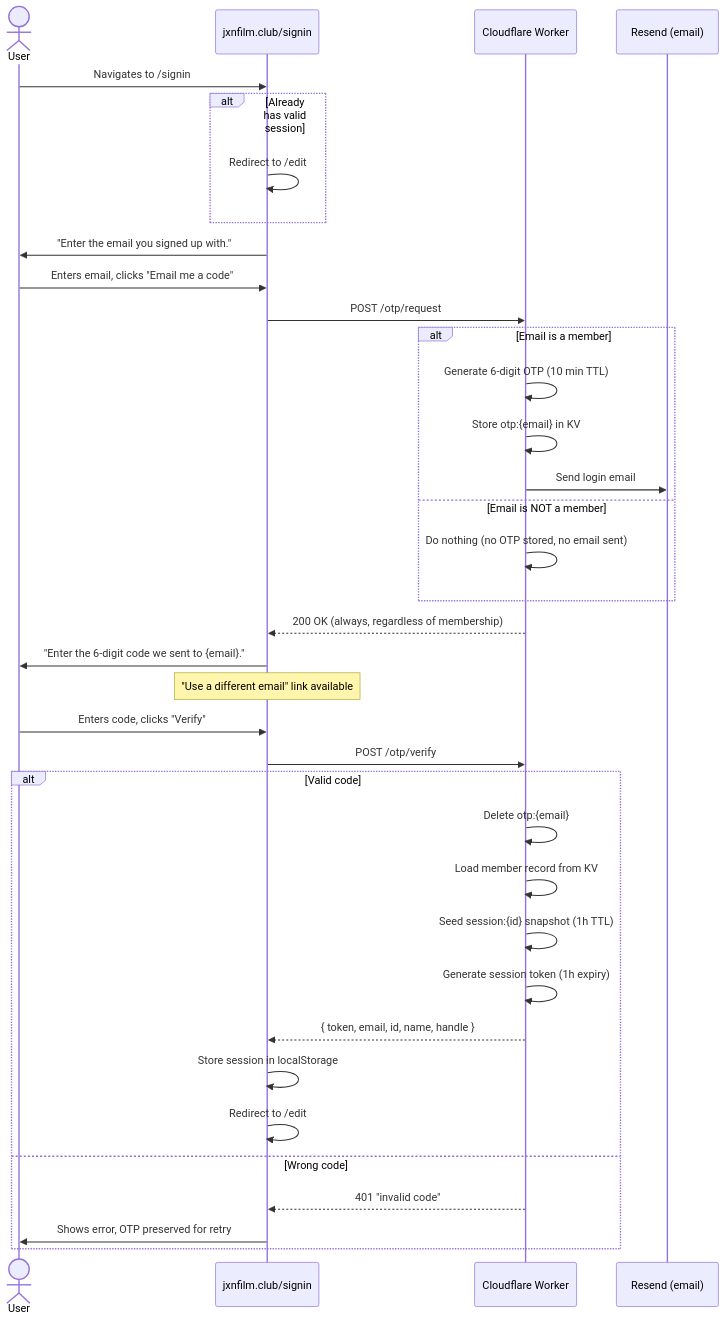
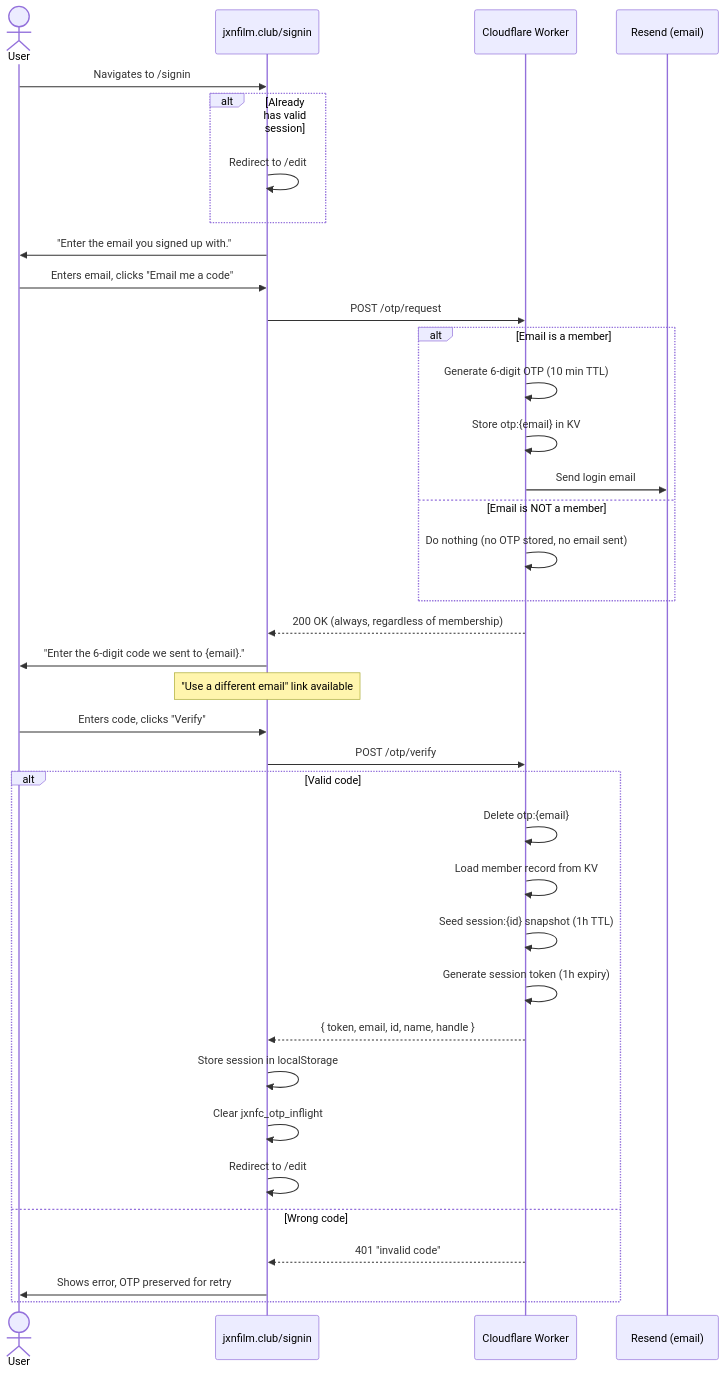
One commit to michaellambgelo/jxnfilmclub changed the diagram in docs/features/signin.md. Above: the diagram before and after it, drawn with Mermaid. The commit also changed other lines of this file and 3 other files, not shown here.

````diff
--- a/docs/features/signin.md
+++ b/docs/features/signin.md
@@ -7,43 +7,44 @@
 ```mermaid
 sequenceDiagram
     actor User
     participant Site as jxnfilm.club/signin
     participant Worker as Cloudflare Worker
     participant Email as Resend (email)
 
     User->>Site: Navigates to /signin
     alt Already has valid session
         Site->>Site: Redirect to /edit
     end
 
     Site->>User: "Enter the email you signed up with."
     User->>Site: Enters email, clicks "Email me a code"
     Site->>Worker: POST /otp/request
 
     alt Email is a member
         Worker->>Worker: Generate 6-digit OTP (10 min TTL)
         Worker->>Worker: Store otp:{email} in KV
         Worker->>Email: Send login email
     else Email is NOT a member
         Worker->>Worker: Do nothing (no OTP stored, no email sent)
     end
     Worker-->>Site: 200 OK (always, regardless of membership)
 
     Site->>User: "Enter the 6-digit code we sent to {email}."
     Note over Site: "Use a different email" link available
     User->>Site: Enters code, clicks "Verify"
     Site->>Worker: POST /otp/verify
 
     alt Valid code
         Worker->>Worker: Delete otp:{email}
         Worker->>Worker: Load member record from KV
         Worker->>Worker: Seed session:{id} snapshot (1h TTL)
         Worker->>Worker: Generate session token (1h expiry)
         Worker-->>Site: { token, email, id, name, handle }
         Site->>Site: Store session in localStorage
+        Site->>Site: Clear jxnfc_otp_inflight
         Site->>Site: Redirect to /edit
     else Wrong code
         Worker-->>Site: 401 "invalid code"
         Site->>User: Shows error, OTP preserved for retry
     end
 ```
````
